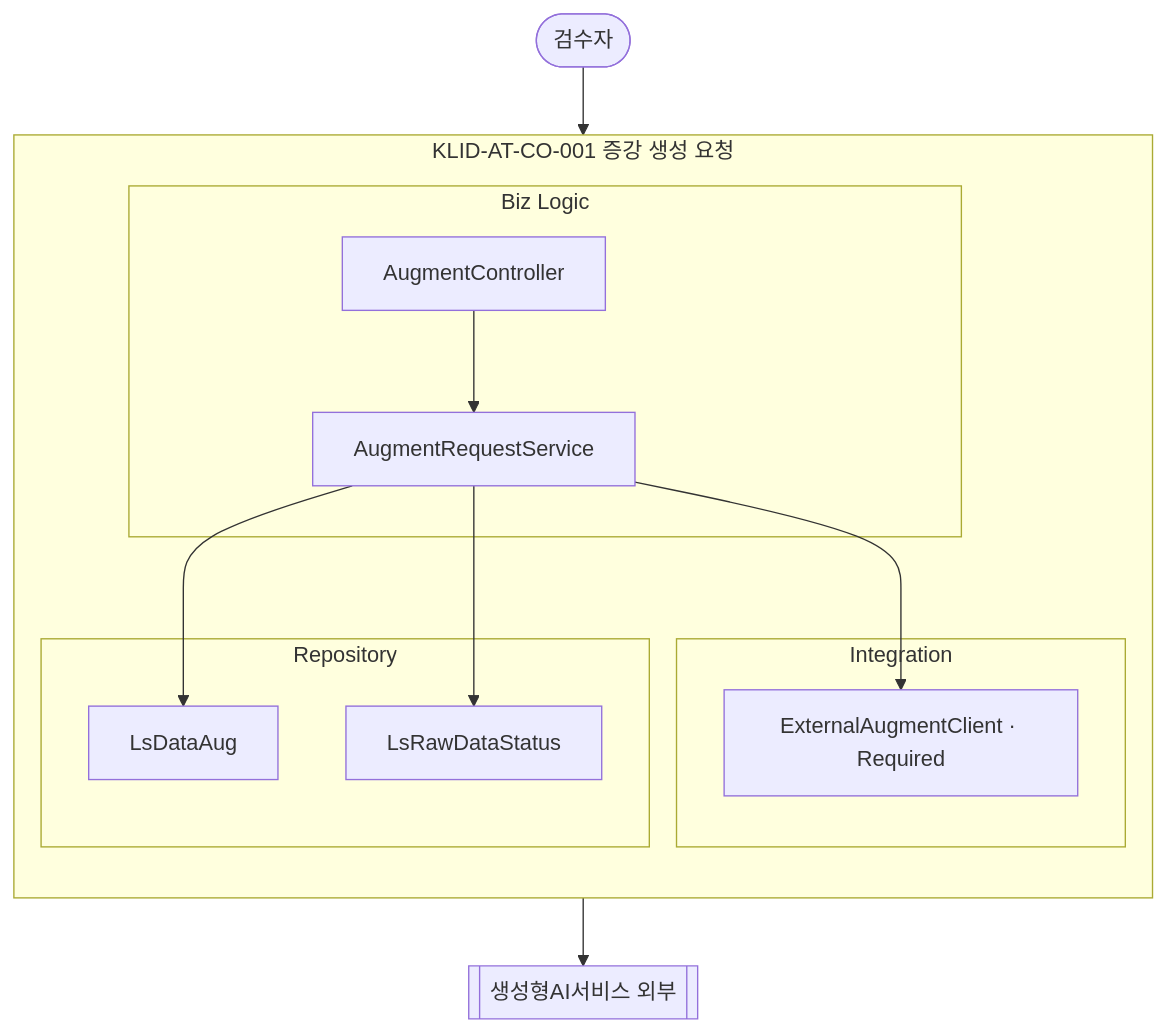
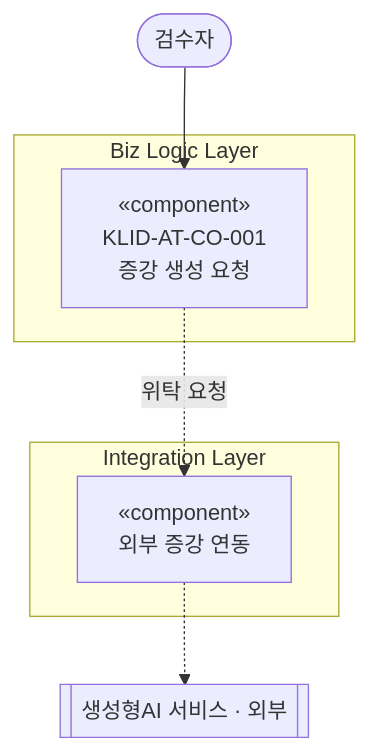
The first of 18 diagrams in docs/design/D3-컴포넌트설계서.md (New-stella/klid-label), drawn with Mermaid before and after one commit. The commit also changed other lines of this file and 10 other files, not shown here.

````diff
--- a/docs/design/D3-컴포넌트설계서.md
+++ b/docs/design/D3-컴포넌트설계서.md
@@ -42,25 +42,14 @@
 ```mermaid
 flowchart TD
     REVIEWER([검수자])
-    GENAI[[생성형AI서비스 외부]]
-    subgraph CO001[KLID-AT-CO-001 증강 생성 요청]
-        direction TB
-        subgraph BIZ1[Biz Logic]
-            AC[AugmentController]
-            ARS[AugmentRequestService]
-        end
-        subgraph INT1[Integration]
-            EAC[ExternalAugmentClient · Required]
-        end
-        subgraph REP1[Repository]
-            AUG[LsDataAug]
-            RST[LsRawDataStatus]
-        end
-        AC --> ARS
-        ARS --> EAC
-        ARS --> AUG
-        ARS --> RST
+    GENAI[[생성형AI 서비스 · 외부]]
+    subgraph BIZ1[Biz Logic Layer]
+        CO001["«component»<br/>KLID-AT-CO-001<br/>증강 생성 요청"]
     end
-    REVIEWER --> AC
-    EAC --> GENAI
+    subgraph INT1[Integration Layer]
+        EXTAUG["«component»<br/>외부 증강 연동"]
+    end
+    REVIEWER --> CO001
+    CO001 -.위탁 요청.-> EXTAUG
+    EXTAUG -.-> GENAI
 ```
````
